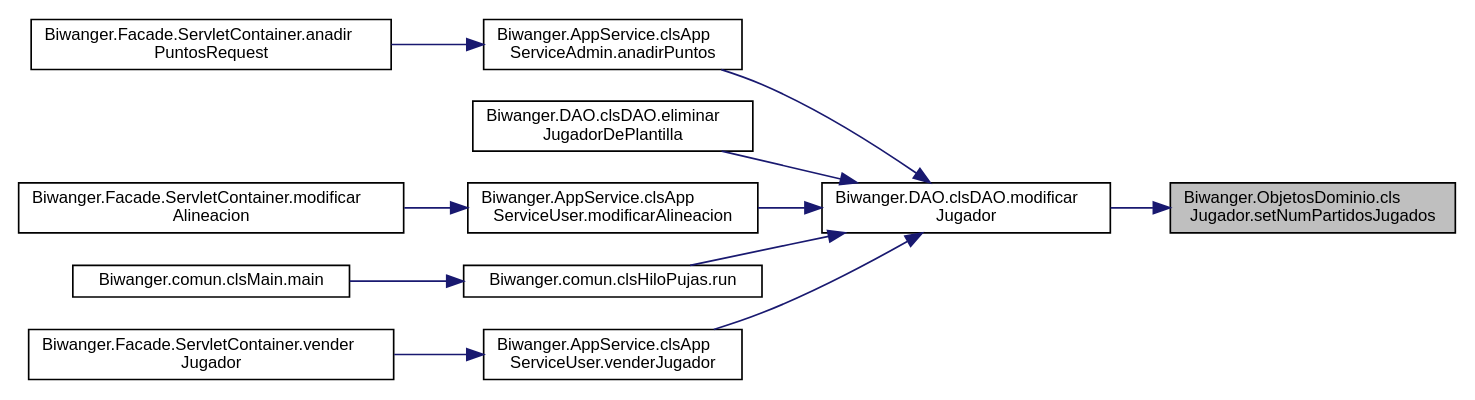
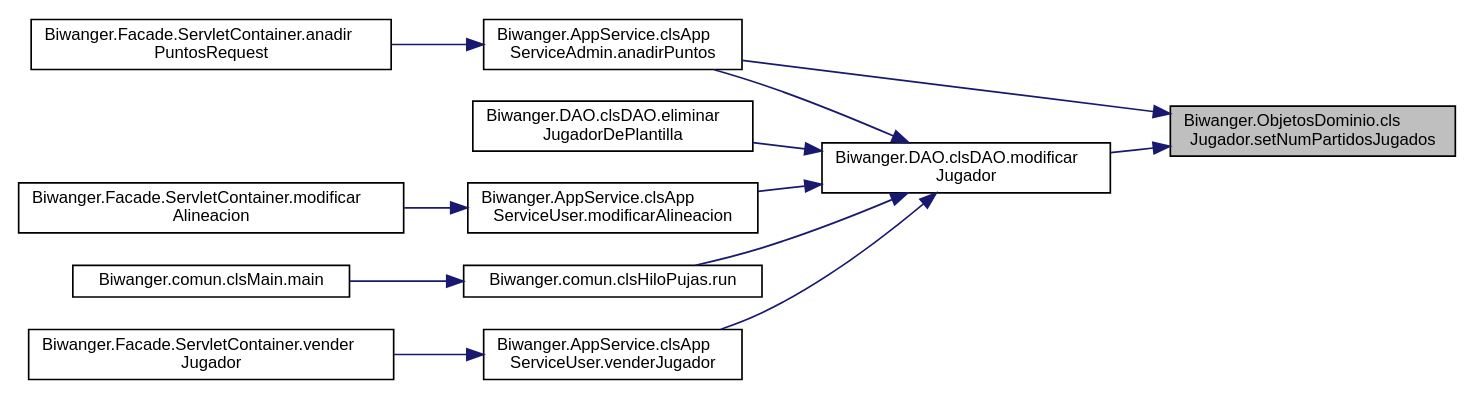
Before and after one commit to nagorecb/BiwangerServidor: the diagram in docs/class_biwanger_1_1_objetos_dominio_1_1cls_jugador_ace17ccfedbc9b2da6e857c07be47e423_icgraph.dot, drawn with Graphviz. The commit also changed 120 other files, not shown here.

```diff
--- a/docs/class_biwanger_1_1_objetos_dominio_1_1cls_jugador_ace17ccfedbc9b2da6e857c07be47e423_icgraph.dot
+++ b/docs/class_biwanger_1_1_objetos_dominio_1_1cls_jugador_ace17ccfedbc9b2da6e857c07be47e423_icgraph.dot
@@ -1,28 +1,29 @@
 digraph "Biwanger.ObjetosDominio.clsJugador.setNumPartidosJugados"
 {
  // LATEX_PDF_SIZE
   edge [fontname="Helvetica",fontsize="10",labelfontname="Helvetica",labelfontsize="10"];
   node [fontname="Helvetica",fontsize="10",shape=record];
   rankdir="RL";
   Node1 [label="Biwanger.ObjetosDominio.cls\lJugador.setNumPartidosJugados",height=0.2,width=0.4,color="black", fillcolor="grey75", style="filled", fontcolor="black",tooltip=" "];
   Node1 -> Node2 [dir="back",color="midnightblue",fontsize="10",style="solid",fontname="Helvetica"];
-  Node2 [label="Biwanger.DAO.clsDAO.modificar\lJugador",height=0.2,width=0.4,color="black", fillcolor="white", style="filled",URL="$class_biwanger_1_1_d_a_o_1_1cls_d_a_o.html#a0b0abb6047254b917a1527955f1668e7",tooltip=" "];
+  Node2 [label="Biwanger.AppService.clsApp\lServiceAdmin.anadirPuntos",height=0.2,width=0.4,color="black", fillcolor="white", style="filled",URL="$class_biwanger_1_1_app_service_1_1cls_app_service_admin.html#a0f074ca356e0169627710fa87030cac7",tooltip=" "];
   Node2 -> Node3 [dir="back",color="midnightblue",fontsize="10",style="solid",fontname="Helvetica"];
-  Node3 [label="Biwanger.AppService.clsApp\lServiceAdmin.anadirPuntos",height=0.2,width=0.4,color="black", fillcolor="white", style="filled",URL="$class_biwanger_1_1_app_service_1_1cls_app_service_admin.html#a2c801a4ec68d39ed93d44b260272d49d",tooltip=" "];
-  Node3 -> Node4 [dir="back",color="midnightblue",fontsize="10",style="solid",fontname="Helvetica"];
-  Node4 [label="Biwanger.Facade.ServletContainer.anadir\lPuntosRequest",height=0.2,width=0.4,color="black", fillcolor="white", style="filled",URL="$class_biwanger_1_1_facade_1_1_servlet_container.html#ac6cc756415f934e374bdd146d6901266",tooltip=" "];
-  Node2 -> Node5 [dir="back",color="midnightblue",fontsize="10",style="solid",fontname="Helvetica"];
+  Node3 [label="Biwanger.Facade.ServletContainer.anadir\lPuntosRequest",height=0.2,width=0.4,color="black", fillcolor="white", style="filled",URL="$class_biwanger_1_1_facade_1_1_servlet_container.html#a5524b2f75c0e38fe5258c2875b793354",tooltip=" "];
+  Node1 -> Node4 [dir="back",color="midnightblue",fontsize="10",style="solid",fontname="Helvetica"];
+  Node4 [label="Biwanger.DAO.clsDAO.modificar\lJugador",height=0.2,width=0.4,color="black", fillcolor="white", style="filled",URL="$class_biwanger_1_1_d_a_o_1_1cls_d_a_o.html#a0b0abb6047254b917a1527955f1668e7",tooltip=" "];
+  Node4 -> Node2 [dir="back",color="midnightblue",fontsize="10",style="solid",fontname="Helvetica"];
+  Node4 -> Node5 [dir="back",color="midnightblue",fontsize="10",style="solid",fontname="Helvetica"];
   Node5 [label="Biwanger.DAO.clsDAO.eliminar\lJugadorDePlantilla",height=0.2,width=0.4,color="black", fillcolor="white", style="filled",URL="$class_biwanger_1_1_d_a_o_1_1cls_d_a_o.html#a1d722e9a03fff06cadda3142fea1430c",tooltip=" "];
-  Node2 -> Node6 [dir="back",color="midnightblue",fontsize="10",style="solid",fontname="Helvetica"];
+  Node4 -> Node6 [dir="back",color="midnightblue",fontsize="10",style="solid",fontname="Helvetica"];
   Node6 [label="Biwanger.AppService.clsApp\lServiceUser.modificarAlineacion",height=0.2,width=0.4,color="black", fillcolor="white", style="filled",URL="$class_biwanger_1_1_app_service_1_1cls_app_service_user.html#a425dda4e33a85cec2b23f7e0c7f0eb7c",tooltip=" "];
   Node6 -> Node7 [dir="back",color="midnightblue",fontsize="10",style="solid",fontname="Helvetica"];
   Node7 [label="Biwanger.Facade.ServletContainer.modificar\lAlineacion",height=0.2,width=0.4,color="black", fillcolor="white", style="filled",URL="$class_biwanger_1_1_facade_1_1_servlet_container.html#aa4b67ad890668577487de568096f63de",tooltip=" "];
-  Node2 -> Node8 [dir="back",color="midnightblue",fontsize="10",style="solid",fontname="Helvetica"];
+  Node4 -> Node8 [dir="back",color="midnightblue",fontsize="10",style="solid",fontname="Helvetica"];
   Node8 [label="Biwanger.comun.clsHiloPujas.run",height=0.2,width=0.4,color="black", fillcolor="white", style="filled",URL="$class_biwanger_1_1comun_1_1cls_hilo_pujas.html#a1081eef132d091c12bb08bf1eb2db1c1",tooltip=" "];
   Node8 -> Node9 [dir="back",color="midnightblue",fontsize="10",style="solid",fontname="Helvetica"];
   Node9 [label="Biwanger.comun.clsMain.main",height=0.2,width=0.4,color="black", fillcolor="white", style="filled",URL="$class_biwanger_1_1comun_1_1cls_main.html#a09e0032f856ff2123925717cef2db994",tooltip=" "];
-  Node2 -> Node10 [dir="back",color="midnightblue",fontsize="10",style="solid",fontname="Helvetica"];
+  Node4 -> Node10 [dir="back",color="midnightblue",fontsize="10",style="solid",fontname="Helvetica"];
   Node10 [label="Biwanger.AppService.clsApp\lServiceUser.venderJugador",height=0.2,width=0.4,color="black", fillcolor="white", style="filled",URL="$class_biwanger_1_1_app_service_1_1cls_app_service_user.html#afb04e72d55b45c091a6bebda6ea1ab82",tooltip=" "];
   Node10 -> Node11 [dir="back",color="midnightblue",fontsize="10",style="solid",fontname="Helvetica"];
   Node11 [label="Biwanger.Facade.ServletContainer.vender\lJugador",height=0.2,width=0.4,color="black", fillcolor="white", style="filled",URL="$class_biwanger_1_1_facade_1_1_servlet_container.html#a43fee37e057cb8e69b20b0dd4d7c12c4",tooltip=" "];
 }
```
